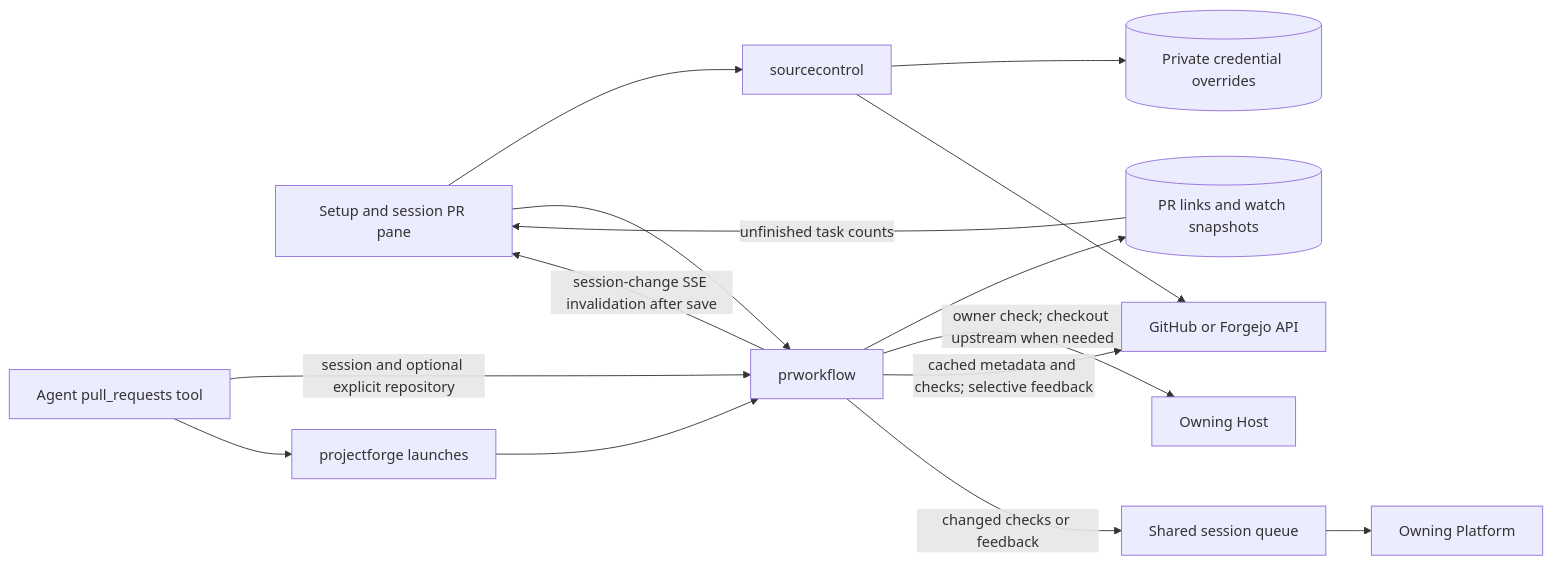
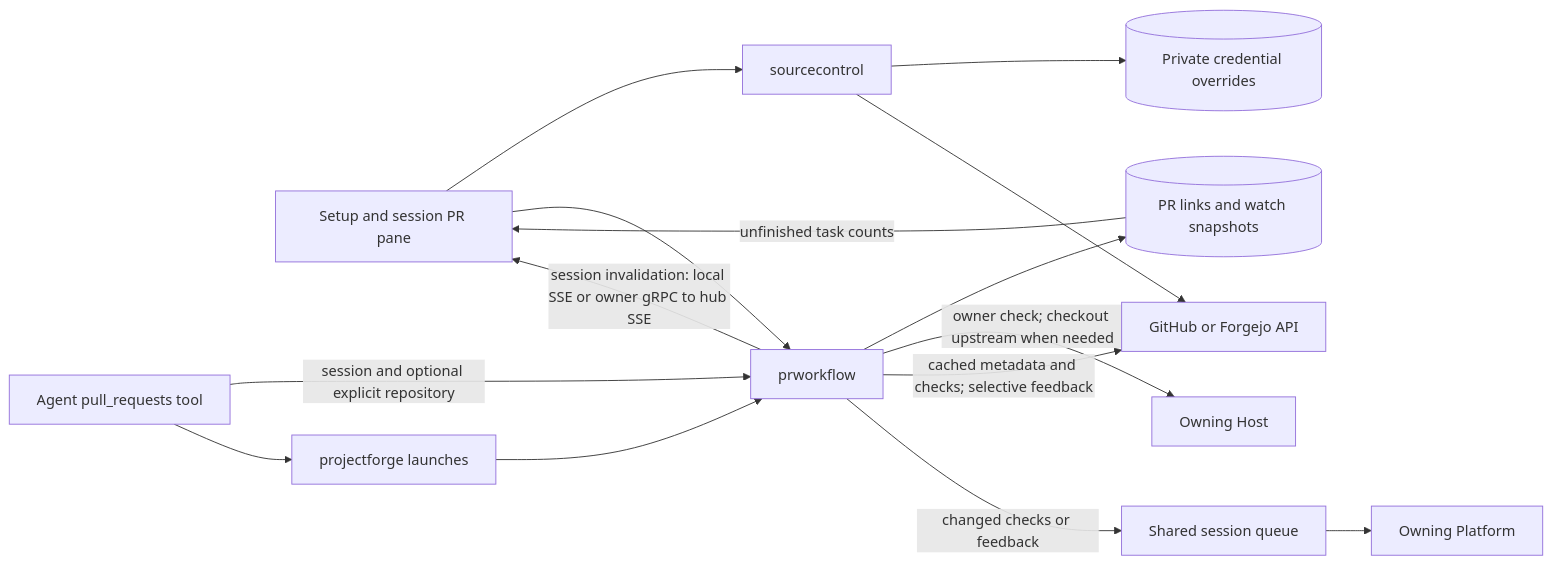
One commit to ocman/ocman changed the diagram in docs/features/pull-requests.md. Above: the diagram before and after it, drawn with Mermaid. The commit also changed other lines of this file and 14 other files, not shown here.

Commit message:
fix(remotes): relay owner session invalidations to hubs

````diff
--- a/docs/features/pull-requests.md
+++ b/docs/features/pull-requests.md
@@ -130,17 +130,17 @@
 ```mermaid
 flowchart LR
     UI[Setup and session PR pane] --> Setup[sourcecontrol]
     UI --> Workflow[prworkflow]
     MCP[Agent pull_requests tool] -->|session and optional explicit repository| Workflow
     MCP --> Launch
     Launch[projectforge launches] --> Workflow
     Setup --> Credentials[(Private credential overrides)]
     Workflow --> Links[(PR links and watch snapshots)]
     Links -->|unfinished task counts| UI
-    Workflow -->|session-change SSE invalidation after save| UI
+    Workflow -->|session invalidation: local SSE or owner gRPC to hub SSE| UI
     Workflow -->|owner check; checkout upstream when needed| Host[Owning Host]
     Workflow -->|cached metadata and checks; selective feedback| Forge[GitHub or Forgejo API]
     Setup --> Forge
     Workflow -->|changed checks or feedback| Queue[Shared session queue]
     Queue --> Platform[Owning Platform]
 ```
````
